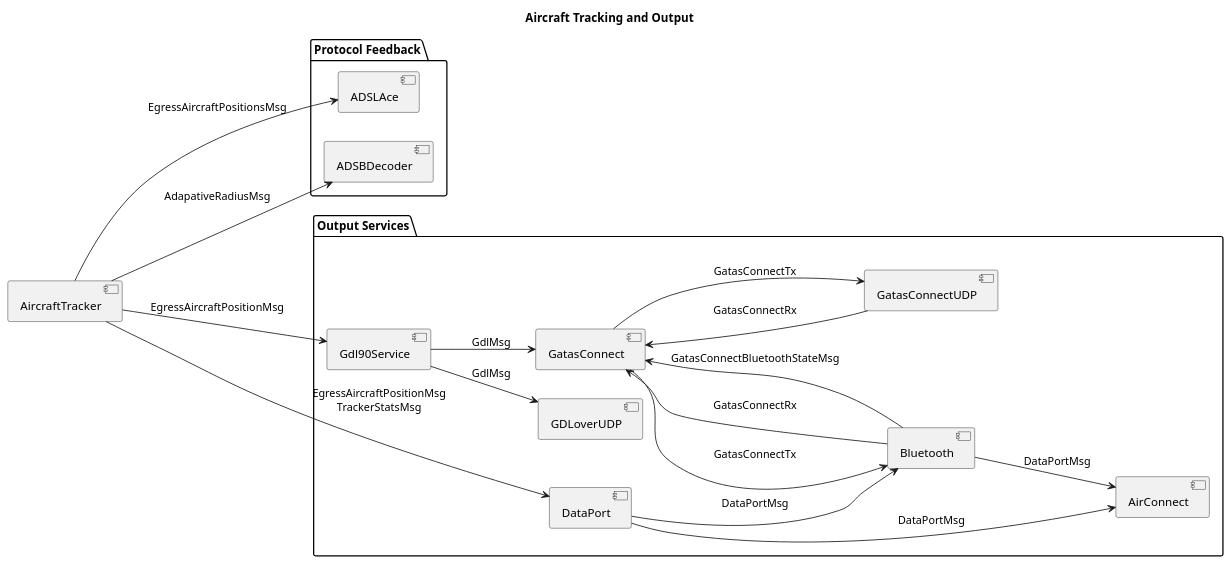
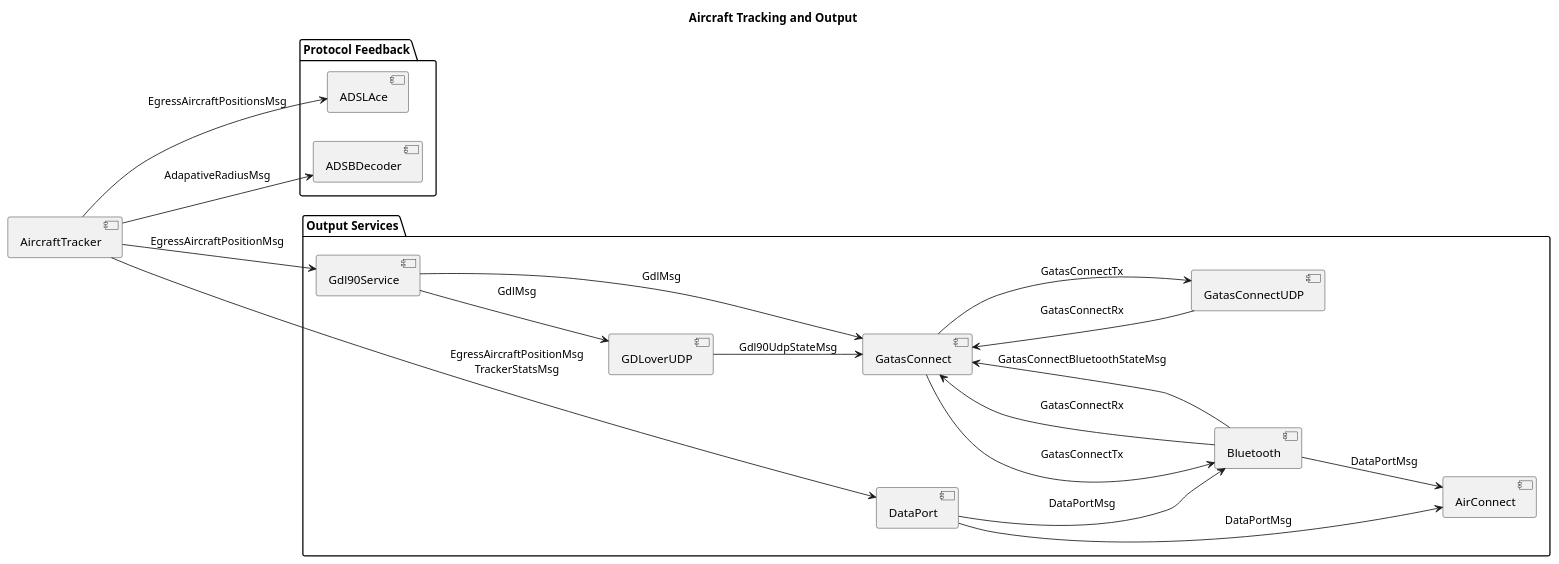
The fourth of 7 diagrams in doc/message-bus.md (gatasConspicuity/gatas), drawn with PlantUML before and after one commit. The commit also changed other lines of this file and 15 other files, not shown here.

````diff
--- a/doc/message-bus.md
+++ b/doc/message-bus.md
@@ -249,45 +249,46 @@
 ```plantuml
 ' =====================================================================
 ' TRACKING AND OUTPUT
 ' =====================================================================
 @startuml
 title Aircraft Tracking and Output
 
 left to right direction
 
 [AircraftTracker]
 
 package "Protocol Feedback" {
     [ADSLAce]
     [ADSBDecoder]
 }
 
 package "Output Services" {
     [Gdl90Service]
     [GDLoverUDP]
     [DataPort]
     [GatasConnect]
     [GatasConnectUDP]
     [Bluetooth]
     [AirConnect]
 }
 
 [AircraftTracker] --> [Gdl90Service] : EgressAircraftPositionMsg
 [AircraftTracker] --> [DataPort] : EgressAircraftPositionMsg\nTrackerStatsMsg
 [AircraftTracker] --> [ADSLAce] : EgressAircraftPositionsMsg
 [AircraftTracker] --> [ADSBDecoder] : AdapativeRadiusMsg
 
 [Gdl90Service] --> [GDLoverUDP] : GdlMsg
 [Gdl90Service] --> [GatasConnect] : GdlMsg
 
 [GatasConnect] --> [GatasConnectUDP] : GatasConnectTx
 [GatasConnect] --> [Bluetooth] : GatasConnectTx
 [GatasConnectUDP] --> [GatasConnect] : GatasConnectRx
 [DataPort] --> [Bluetooth] : DataPortMsg
 [Bluetooth] --> [GatasConnect] : GatasConnectRx
 [Bluetooth] --> [GatasConnect] : GatasConnectBluetoothStateMsg
+[GDLoverUDP] --> [GatasConnect] : Gdl90UdpStateMsg
 [Bluetooth] --> [AirConnect] : DataPortMsg
 [DataPort] --> [AirConnect] : DataPortMsg
 
 @enduml
 ```
````
